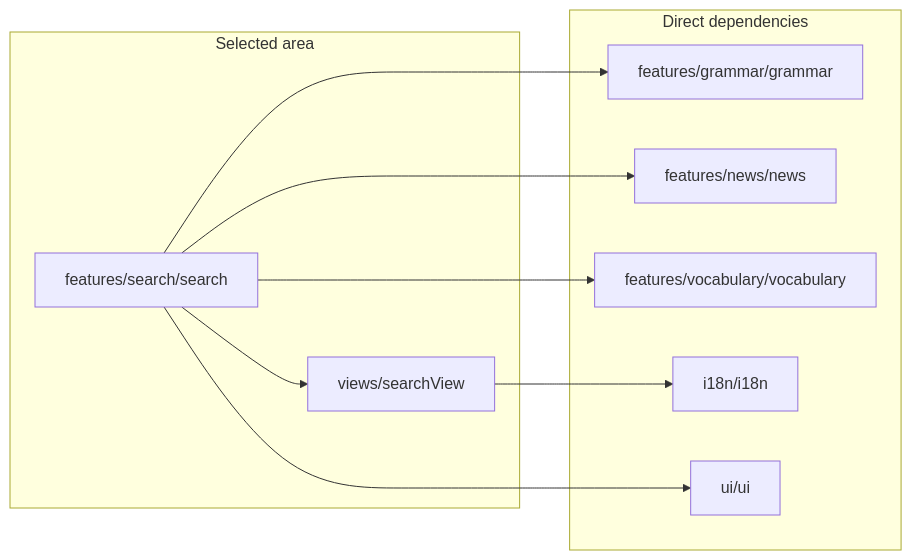
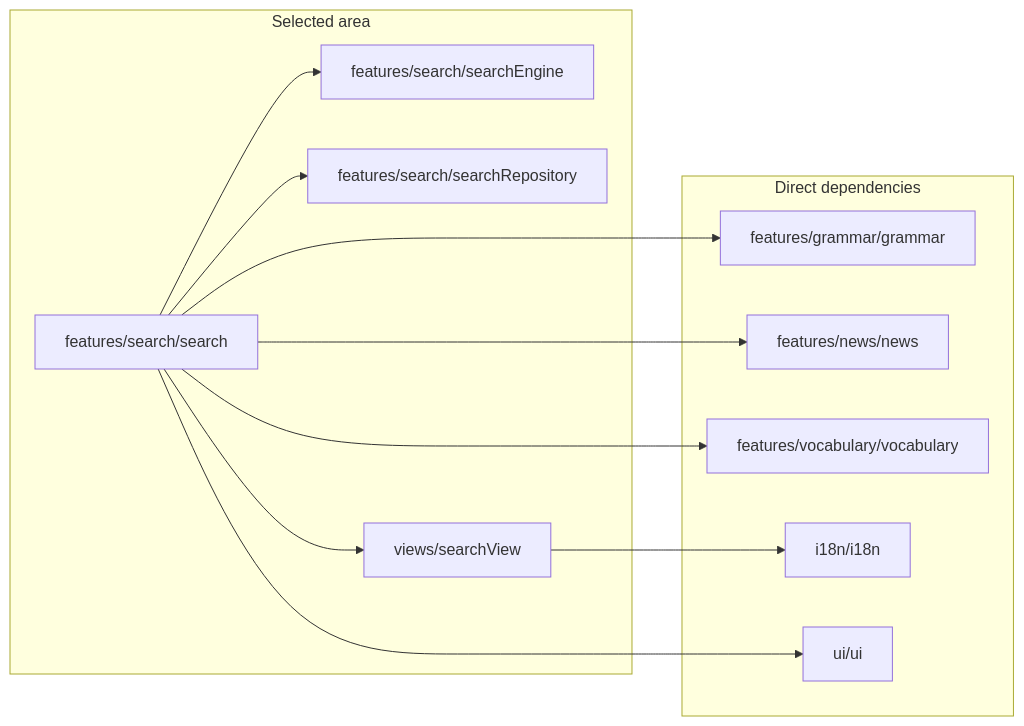
Before and after one commit to temsahak-rgb/Dino-5monde: the eighth of 11 diagrams in docs/dependency-graph.md, drawn with Mermaid. The commit also changed other lines of this file and 14 other files, not shown here.

````diff
--- a/docs/dependency-graph.md
+++ b/docs/dependency-graph.md
@@ -232,20 +232,24 @@
 ```mermaid
 flowchart LR
     subgraph S["Selected area"]
         M0["features/search/search"]
-        M1["views/searchView"]
+        M1["features/search/searchEngine"]
+        M2["features/search/searchRepository"]
+        M3["views/searchView"]
     end
     subgraph D["Direct dependencies"]
-        M2["features/grammar/grammar"]
-        M3["features/news/news"]
-        M4["features/vocabulary/vocabulary"]
-        M5["i18n/i18n"]
-        M6["ui/ui"]
+        M4["features/grammar/grammar"]
+        M5["features/news/news"]
+        M6["features/vocabulary/vocabulary"]
+        M7["i18n/i18n"]
+        M8["ui/ui"]
     end
+    M0 --> M4
+    M0 --> M5
+    M0 --> M1
     M0 --> M2
+    M0 --> M6
+    M0 --> M8
     M0 --> M3
-    M0 --> M4
-    M0 --> M6
-    M0 --> M1
-    M1 --> M5
+    M3 --> M7
 ```
````
